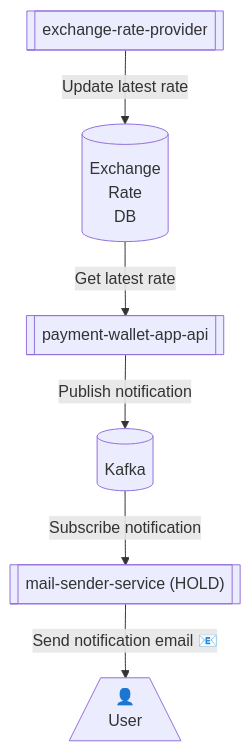
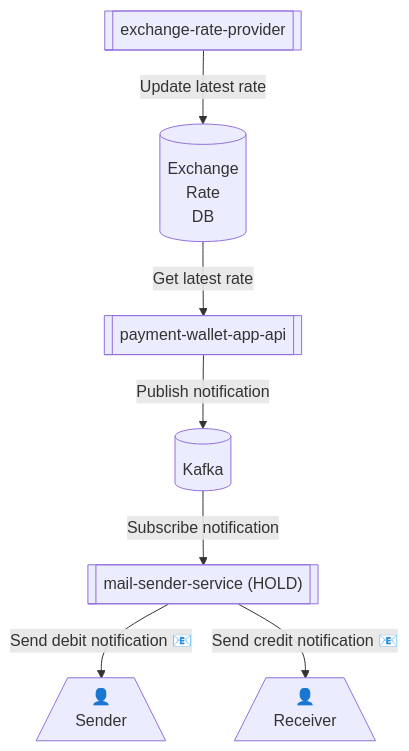
Before and after one commit to swarnava-code/payment-wallet-app: the diagram in README.md, drawn with Mermaid. The commit also changed other lines of this file, not shown here.

Commit message:
introduce sender-receiver concept in the data flow diagram

````diff
--- a/README.md
+++ b/README.md
@@ -14,17 +14,19 @@
 ```mermaid
 graph TD;
     exchange-rate-provider[["exchange-rate-provider"]]
     payment-wallet-app-api[["payment-wallet-app-api"]]
     DB_Exchange_Rate[("Exchange\n Rate\n DB")]
     
     MailSenderService[["mail-sender-service (HOLD)"]]
     Kafka[("Kafka")]
-    User[/"👤\n User"\]
+    Sender[/"👤\n Sender"\]
+    Receiver[/"👤\n Receiver"\]
 
     exchange-rate-provider--Update latest rate-->DB_Exchange_Rate;
     DB_Exchange_Rate--Get latest rate-->payment-wallet-app-api;
 
     payment-wallet-app-api--Publish notification-->Kafka
     Kafka--Subscribe notification-->MailSenderService
-    MailSenderService--Send notification email 📧-->User
+    MailSenderService--Send debit notification 📧-->Sender
+    MailSenderService--Send credit notification 📧-->Receiver
 ```
````
